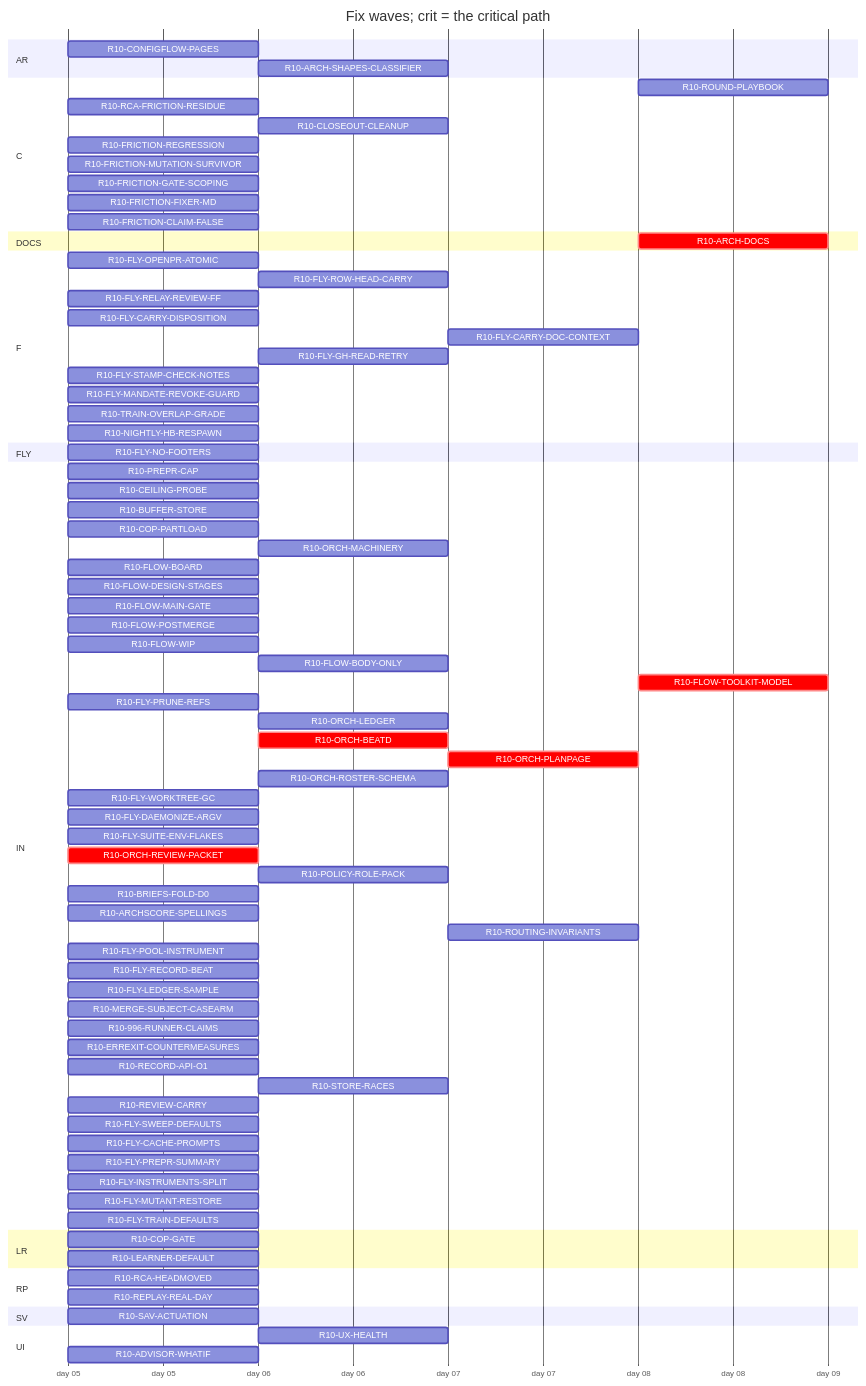
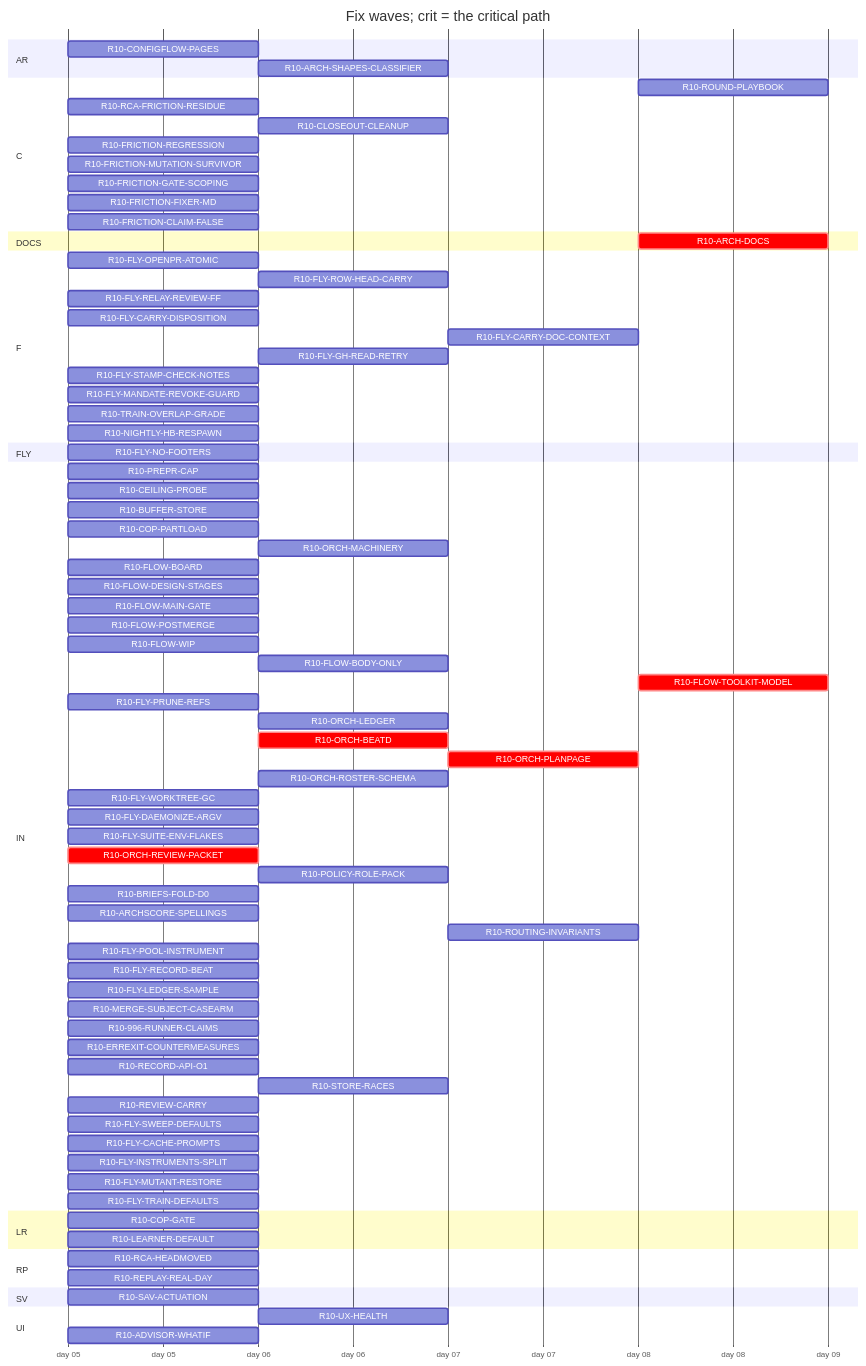
Before and after one commit to tvofi/heatpump_optimizer: the diagram in handoff/round10/state/PLAN-TABLE.md, drawn with Mermaid. The commit also changed other lines of this file and 3 other files, not shown here.

Commit message:
state: FLOW-BOARD.md, NEXT-SESSION-PROMPT.md, PLAN-TABLE.md, RESUME-CURRENT.md regenerated (state_docs.py)

```diff
--- a/handoff/round10/state/PLAN-TABLE.md
+++ b/handoff/round10/state/PLAN-TABLE.md
@@ -89,7 +89,6 @@
     R10-REVIEW-CARRY :r10REVIEWCARRY, 2026-01-05, 1d
     R10-FLY-SWEEP-DEFAULTS :r10FLYSWEEPDEFAULTS, 2026-01-05, 1d
     R10-FLY-CACHE-PROMPTS :r10FLYCACHEPROMPTS, 2026-01-05, 1d
-    R10-FLY-PREPR-SUMMARY :r10FLYPREPRSUMMARY, 2026-01-05, 1d
     R10-FLY-INSTRUMENTS-SPLIT :r10FLYINSTRUMENTSSPLIT, 2026-01-05, 1d
     R10-FLY-MUTANT-RESTORE :r10FLYMUTANTRESTORE, 2026-01-05, 1d
     R10-FLY-TRAIN-DEFAULTS :r10FLYTRAINDEFAULTS, 2026-01-05, 1d
```
